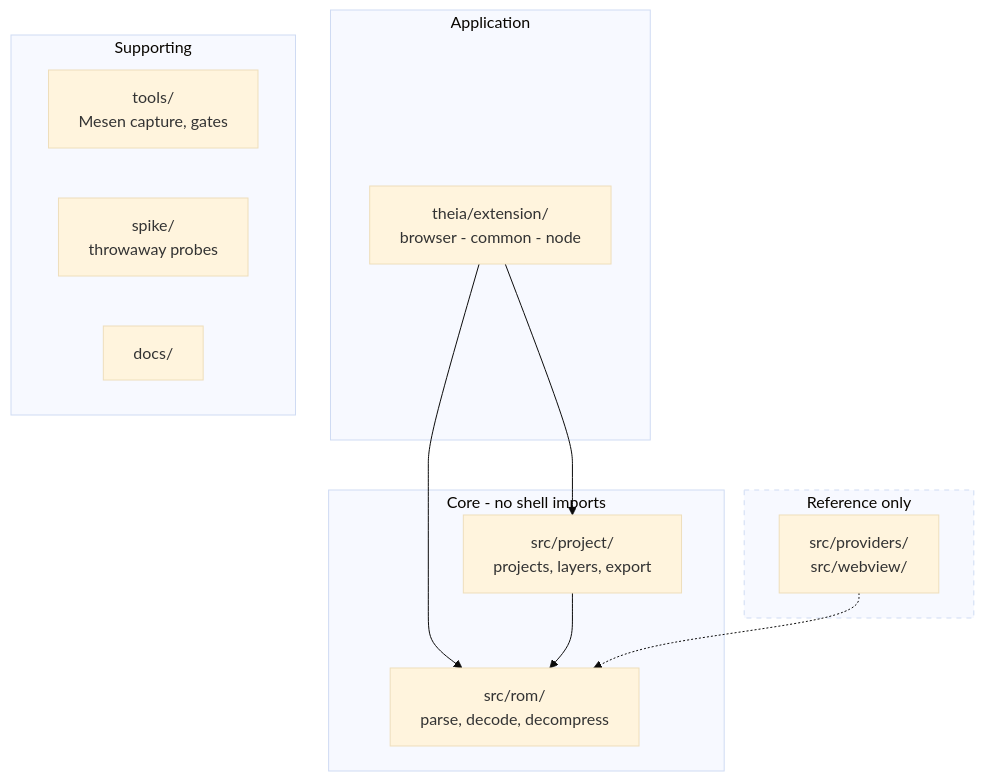
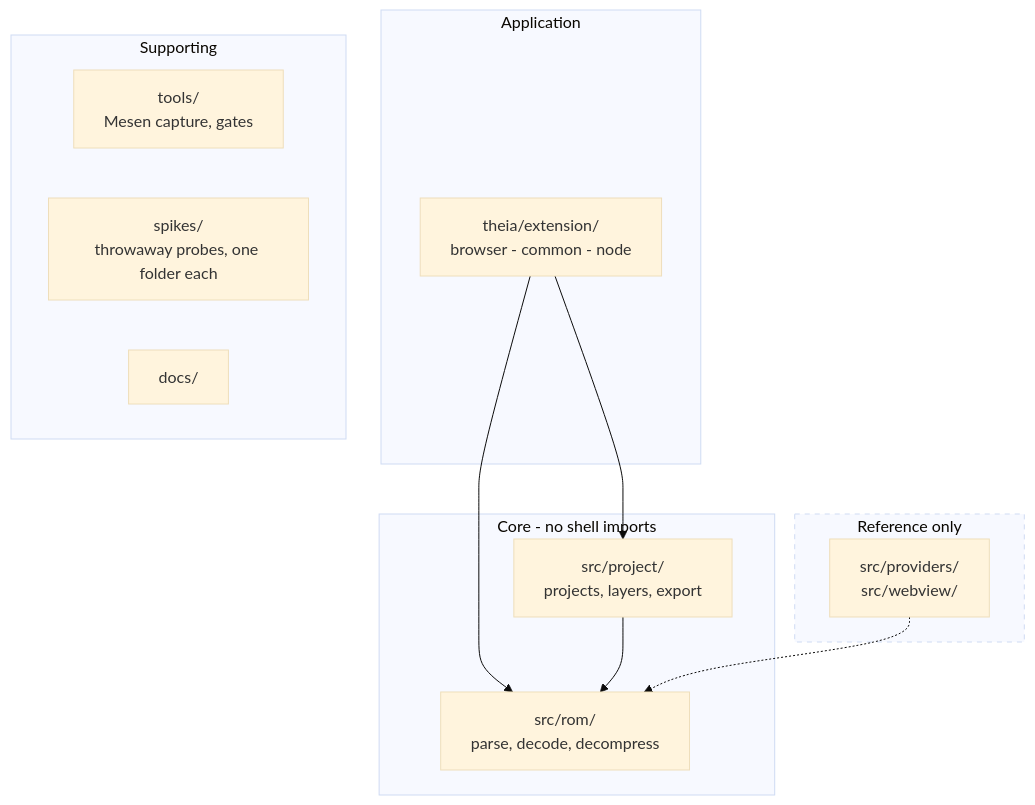
Before and after one commit to en-gen/hackbench: the diagram in docs/architecture/codebase-map.md, drawn with Mermaid (base theme). The commit also changed other lines of this file and 89 other files, not shown here.

Commit message:
Move spike/ to spikes/libretro-view-engine; add spikes/ README (#588)

````diff
--- a/docs/architecture/codebase-map.md
+++ b/docs/architecture/codebase-map.md
@@ -8,28 +8,28 @@
 ```mermaid
 flowchart TB
     subgraph app["Application"]
         theia["theia/extension/<br/>browser - common - node"]
     end
 
     subgraph corel["Core - no shell imports"]
         romd["src/rom/<br/>parse, decode, decompress"]
         proj["src/project/<br/>projects, layers, export"]
     end
 
     subgraph ref["Reference only"]
         prov["src/providers/<br/>src/webview/"]
     end
 
     subgraph supp["Supporting"]
         tools["tools/<br/>Mesen capture, gates"]
-        spike["spike/<br/>throwaway probes"]
+        spike["spikes/<br/>throwaway probes, one folder each"]
         docs["docs/"]
     end
 
     theia --> romd
     theia --> proj
     proj --> romd
     prov -.-> romd
 
     style ref stroke-dasharray: 5 5
 ```
````
